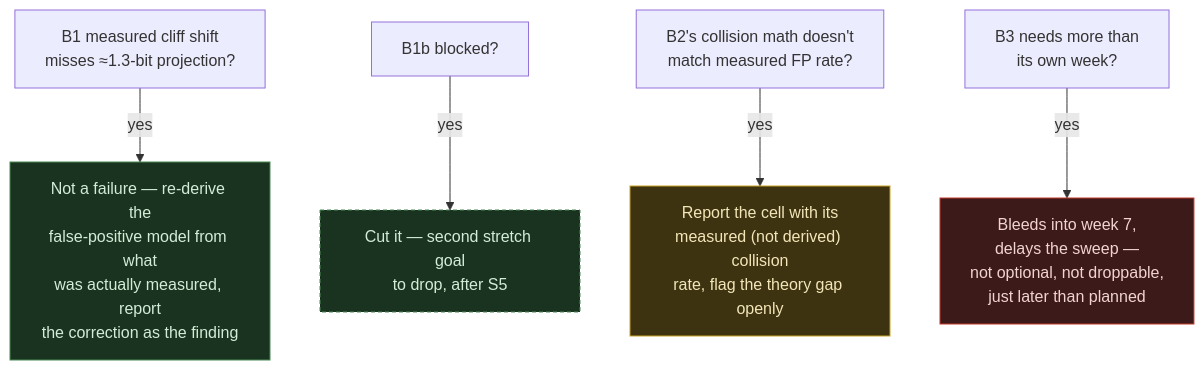
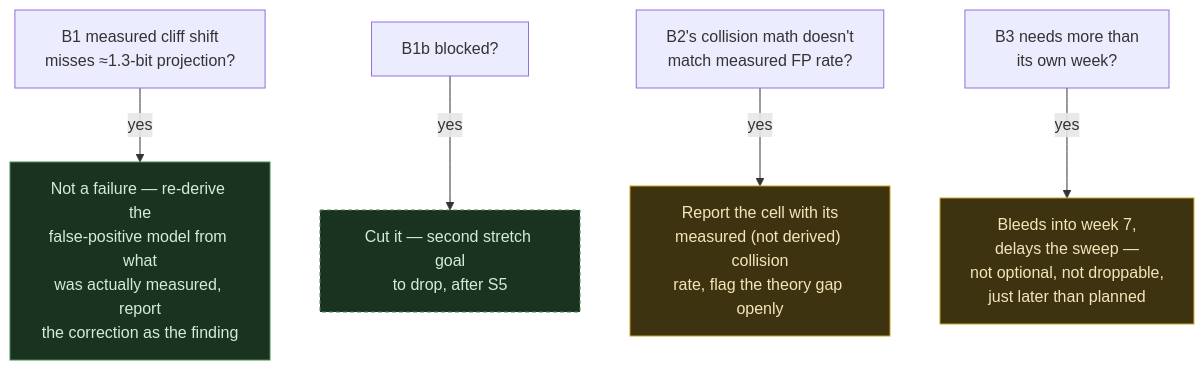
One commit to KathpaliaChirag/Nanopore-project changed the seventh of 7 diagrams in planning/week4plan.md. Above: the diagram before and after it, drawn with Mermaid. The commit also changed other lines of this file, not shown here.

````diff
--- a/planning/week4plan.md
+++ b/planning/week4plan.md
@@ -299,12 +301,12 @@
 ```mermaid
 flowchart TD
     B1["B1 measured cliff shift\nmisses ≈1.3-bit projection?"] -->|yes| B1F["Not a failure — re-derive the\nfalse-positive model from what\nwas actually measured, report\nthe correction as the finding"]
     B1b["B1b blocked?"] -->|yes| B1bF["Cut it — second stretch goal\nto drop, after S5"]
     B2["B2's collision math doesn't\nmatch measured FP rate?"] -->|yes| B2F["Report the cell with its\nmeasured (not derived) collision\nrate, flag the theory gap openly"]
     B3["B3 needs more than\nits own week?"] -->|yes| B3F["Bleeds into week 7,\ndelays the sweep —\nnot optional, not droppable,\njust later than planned"]
 
     style B1F fill:#1a3320,stroke:#4a8a54,color:#d3ecd8
     style B1bF fill:#1a3320,stroke:#4a8a54,stroke-dasharray: 4 3,color:#d3ecd8
     style B2F fill:#3d3311,stroke:#c9a227,color:#f2e6b8
-    style B3F fill:#3d1a1a,stroke:#c0392b,color:#f2d3d3
+    style B3F fill:#3d3311,stroke:#c9a227,color:#f2e6b8
 ```
````
